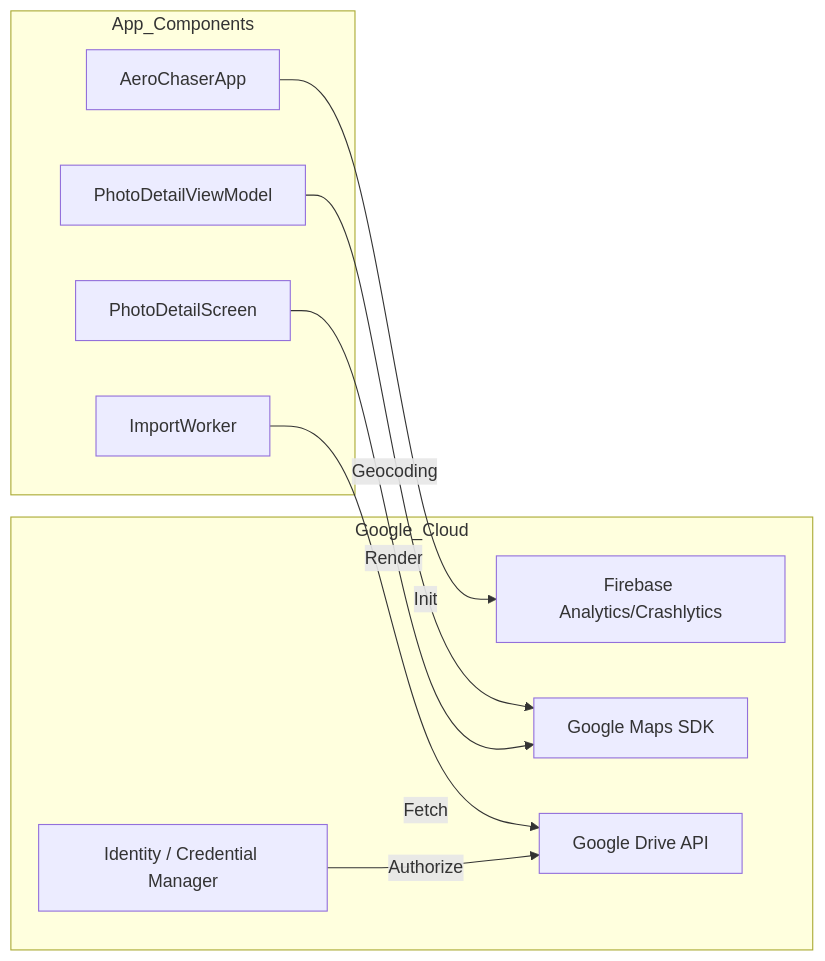
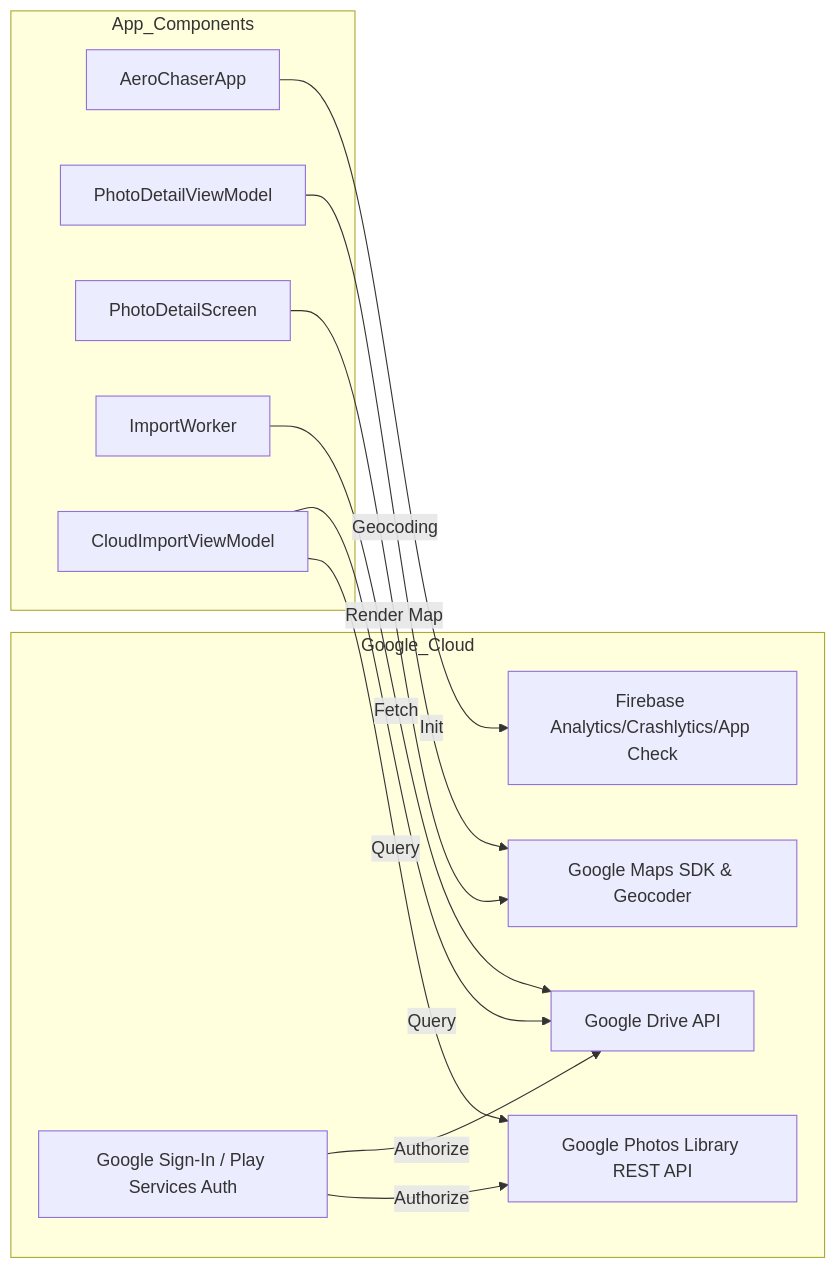
Before and after one commit to tanthien0109-cpu/AeroChaser: the third of 3 diagrams in architecture_visualization.md, drawn with Mermaid. The commit also changed other lines of this file and 21 other files, not shown here.

````diff
--- a/architecture_visualization.md
+++ b/architecture_visualization.md
@@ -66,22 +71,27 @@
 ```mermaid
 graph LR
     subgraph Google_Cloud
-        Firebase[Firebase Analytics/Crashlytics]
-        Maps[Google Maps SDK]
+        Firebase[Firebase Analytics/Crashlytics/App Check]
+        Maps[Google Maps SDK & Geocoder]
         Drive[Google Drive API]
-        Auth[Identity / Credential Manager]
+        Photos[Google Photos Library REST API]
+        Auth[Google Sign-In / Play Services Auth]
     end
 
     subgraph App_Components
         App[AeroChaserApp]
         DetailVM[PhotoDetailViewModel]
         DetailUI[PhotoDetailScreen]
         Import[ImportWorker]
+        CloudVM[CloudImportViewModel]
     end
 
     App -->|Init| Firebase
     DetailVM -->|Geocoding| Maps
-    DetailUI -->|Render| Maps
+    DetailUI -->|Render Map| Maps
     Import -->|Fetch| Drive
     Auth -->|Authorize| Drive
+    Auth -->|Authorize| Photos
+    CloudVM -->|Query| Drive
+    CloudVM -->|Query| Photos
 ```
````
